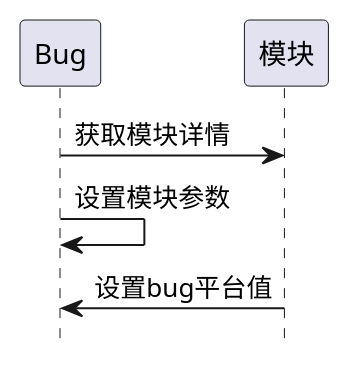
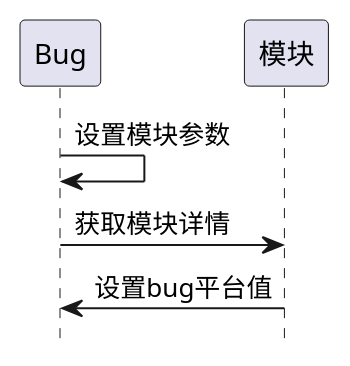
Before and after one commit to goblinln/iBizPMS: the fifth of 9 diagrams in ibizpms-docs/src/main/doc/v1/module/zentao/Bug_old.md, drawn with PlantUML. The commit also changed other lines of this file and 230 other files, not shown here.

```diff
--- a/ibizpms-docs/src/main/doc/v1/module/zentao/Bug_old.md
+++ b/ibizpms-docs/src/main/doc/v1/module/zentao/Bug_old.md
@@ -310,7 +310,7 @@
 {% plantuml %}
 hide footbox
 
+Bug -> Bug: 设置模块参数
 Bug -> 模块: 获取模块详情
-Bug -> Bug: 设置模块参数
 模块 -> Bug: 设置bug平台值
 {% endplantuml %}
```
